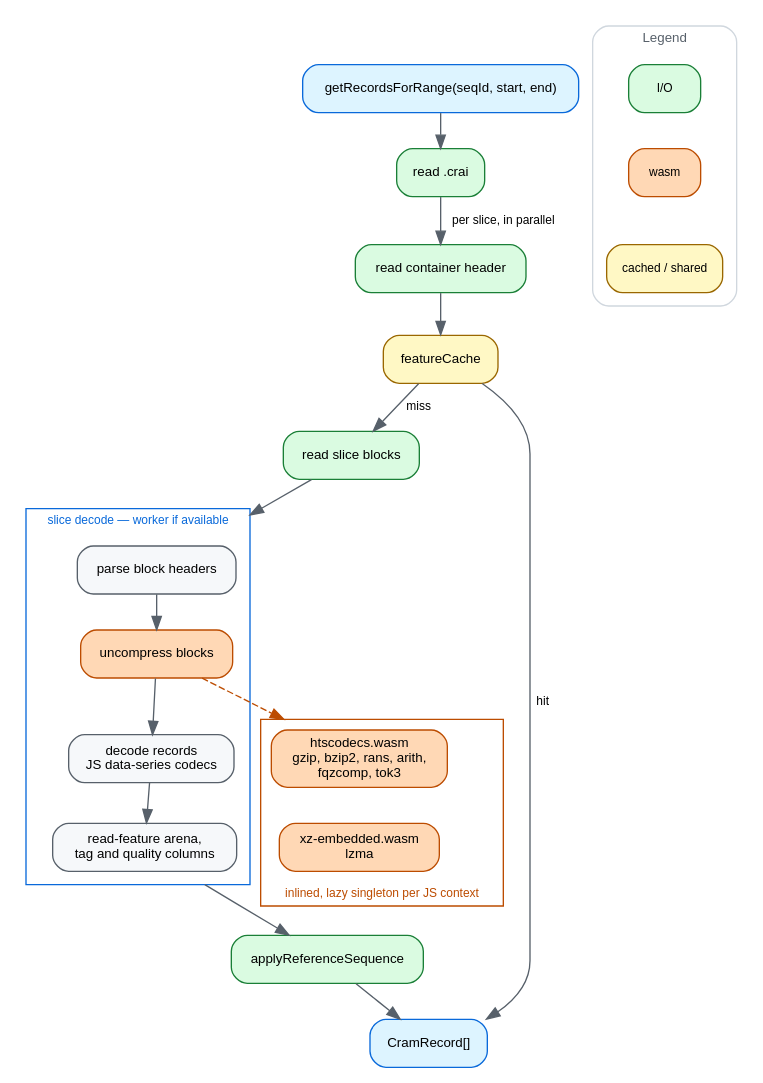
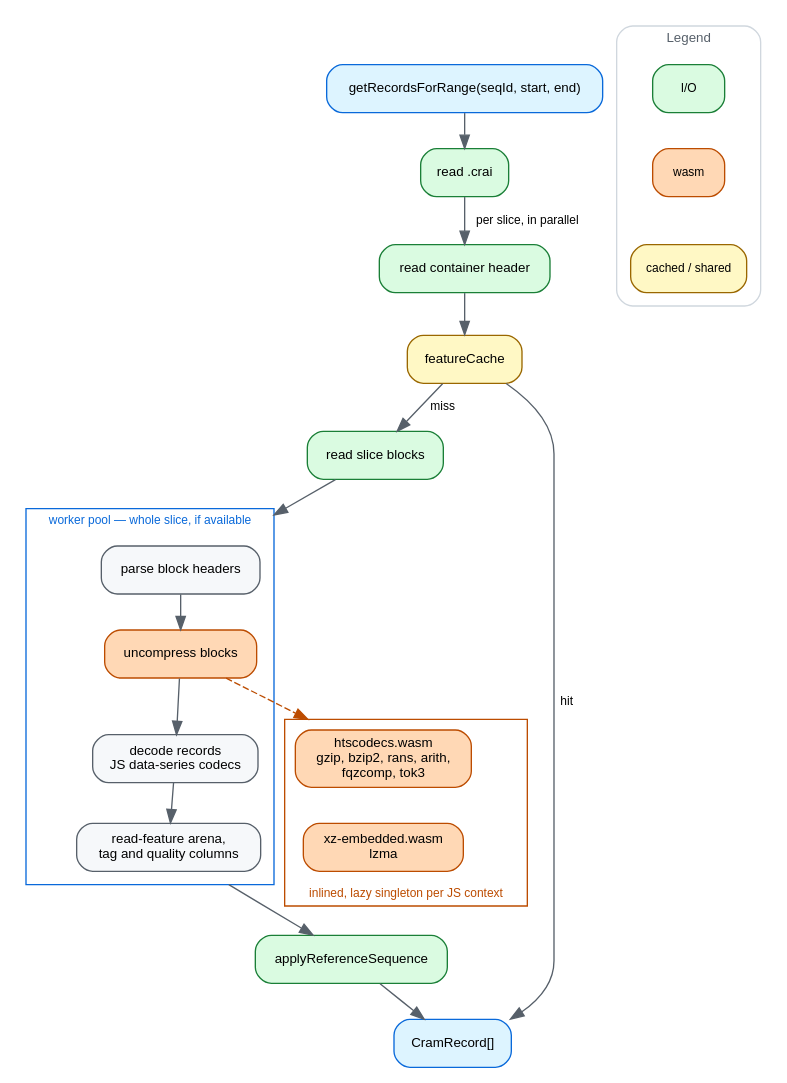
Before and after one commit to GMOD/cram-js: the diagram in docs/img/dataflow.dot, drawn with Graphviz. The commit also changed 2 other files, not shown here.

Commit message:
docs: call the cram decode cluster a worker pool, as bam-js does
Same concept and the same per-context sharing; the diagrams differ only
because bam moves decompression and cram moves the whole slice.

Claude-Session: https://claude.ai/code/session_01Ps2aczNGhU1pZ6ap53qXUd

```diff
--- a/docs/img/dataflow.dot
+++ b/docs/img/dataflow.dot
@@ -1,80 +1,82 @@
 // Source for docs/img/dataflow.svg, which dataflow.md embeds.
 // Regenerate with: dot -Tsvg docs/img/dataflow.dot -o docs/img/dataflow.svg
 //
 // Deliberately the MAIN PATH only, with short labels — the worker fallback, the
 // zero-copy transfer, the reference callback, the .crai's own gunzip and the
 // per-block wasm boundary are all explained in dataflow.md instead. A diagram
 // that shows every branch stops being the thing you look at first.
 //
 // SYNC: ~/src/gmod/bam-js/docs/img/dataflow.dot — same palette, legend and
 // spine. The two clusters are the one thing cram adds: what moves to a worker,
-// and what is wasm.
+// and what is wasm. bam draws its pool as a single node off a dashed "optional"
+// edge because only decompression moves; here the unit is the whole slice, so
+// the pool has to be a box around several steps. Same term, different mark.
 digraph cramjs {
   rankdir=TB
   compound=true
   bgcolor="white"
   nodesep=0.3
   ranksep=0.36
   node [shape=box style="filled,rounded" fillcolor="#f6f8fa" color="#57606a"
         fontname="Helvetica" fontsize=10 margin="0.14,0.07"]
   edge [color="#57606a" fontname="Helvetica" fontsize=9]
 
   query [label="getRecordsForRange(seqId, start, end)" fillcolor="#ddf4ff" color="#0969da"]
   crai  [label="read .crai" fillcolor="#dafbe1" color="#1a7f37"]
   cont  [label="read container header" fillcolor="#dafbe1" color="#1a7f37"]
   cache [label="featureCache" fillcolor="#fff8c5" color="#9a6700"]
   read  [label="read slice blocks" fillcolor="#dafbe1" color="#1a7f37"]
   ref   [label="applyReferenceSequence" fillcolor="#dafbe1" color="#1a7f37"]
   out   [label="CramRecord[]" fillcolor="#ddf4ff" color="#0969da"]
 
   subgraph cluster_decode {
-    label="slice decode — worker if available"
+    label="worker pool — whole slice, if available"
     fontname="Helvetica" fontsize=9 fontcolor="#0969da" color="#0969da"
     margin=10
 
     walk  [label="parse block headers"]
     uncmp [label="uncompress blocks" fillcolor="#ffd8b5" color="#bc4c00"]
     recs  [label="decode records\nJS data-series codecs"]
     cols  [label="read-feature arena,\ntag and quality columns"]
   }
 
   subgraph cluster_wasm {
     label="inlined, lazy singleton per JS context"
     labelloc=b
     fontname="Helvetica" fontsize=9 fontcolor="#bc4c00" color="#bc4c00"
 
     hts [label="htscodecs.wasm\ngzip, bzip2, rans, arith,\nfqzcomp, tok3" fillcolor="#ffd8b5" color="#bc4c00"]
     xz  [label="xz-embedded.wasm\nlzma" fillcolor="#ffd8b5" color="#bc4c00"]
     hts -> xz [style=invis]
   }
 
   query -> crai
   crai  -> cont  [label=" per slice, in parallel "]
   cont  -> cache
   cache -> read  [label=" miss "]
   read  -> walk  [lhead=cluster_decode]
   walk  -> uncmp
   uncmp -> recs
   recs  -> cols
   cols  -> ref   [ltail=cluster_decode]
   ref   -> out
   cache -> out   [label=" hit "]
 
   uncmp -> hts   [style=dashed color="#bc4c00" lhead=cluster_wasm]
 
   subgraph cluster_legend {
     label="Legend"
     labelloc="t"
     fontname="Helvetica"
     fontsize=10
     fontcolor="#57606a"
     color="#d0d7de"
     style="rounded"
     margin=10
     node [shape=box style="filled,rounded" fontsize=9 margin="0.1,0.04"]
     l1 [label="I/O" fillcolor="#dafbe1" color="#1a7f37"]
     l2 [label="wasm" fillcolor="#ffd8b5" color="#bc4c00"]
     l3 [label="cached / shared" fillcolor="#fff8c5" color="#9a6700"]
     l1 -> l2 -> l3 [style=invis]
   }
 }
```
